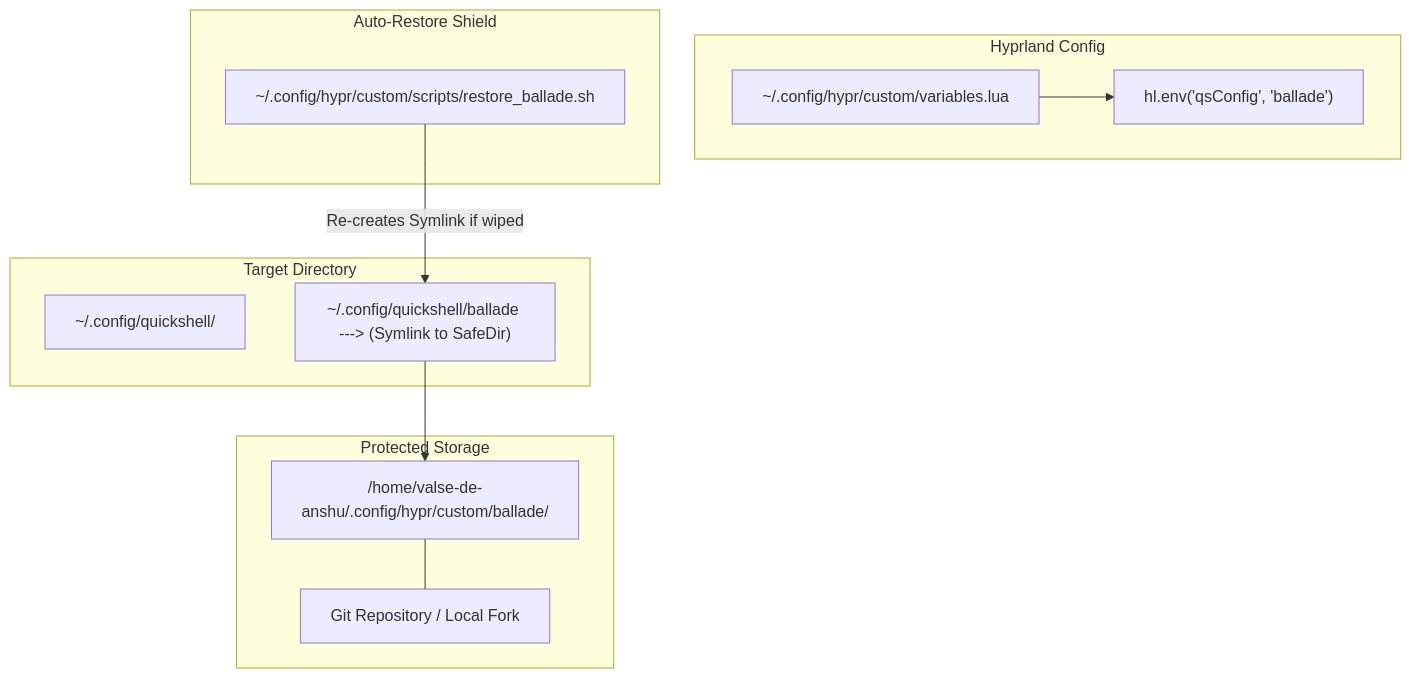
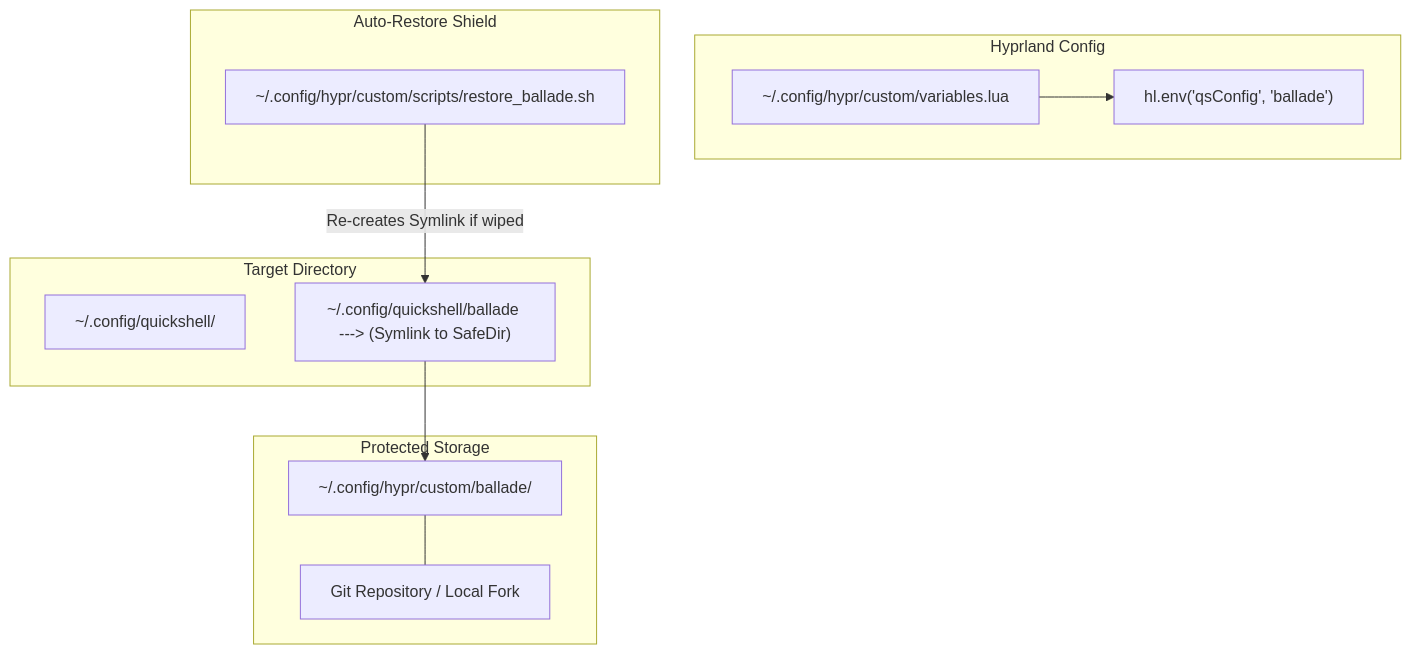
Before and after one commit to valse-de-anshu/Ballade: the diagram in hyprland-custom/docs/ballade_rice_analysis.md, drawn with Mermaid. The commit also changed other lines of this file and 45 other files, not shown here.

````diff
--- a/hyprland-custom/docs/ballade_rice_analysis.md
+++ b/hyprland-custom/docs/ballade_rice_analysis.md
@@ -97,26 +97,26 @@
 ```mermaid
 graph TD
     subgraph Protected Storage
-        SafeDir["/home/valse-de-anshu/.config/hypr/custom/ballade/"]
+        SafeDir["~/.config/hypr/custom/ballade/"]
         GitRepo["Git Repository / Local Fork"]
     end
 
     subgraph Target Directory
         QS["~/.config/quickshell/"]
         Symlink["~/.config/quickshell/ballade ---> (Symlink to SafeDir)"]
     end
 
     subgraph Hyprland Config
         CustomVars["~/.config/hypr/custom/variables.lua"]
         QSEnv["hl.env('qsConfig', 'ballade')"]
     end
 
     subgraph Auto-Restore Shield
         RestoreScript["~/.config/hypr/custom/scripts/restore_ballade.sh"]
     end
 
     SafeDir --- GitRepo
     Symlink --> SafeDir
     CustomVars --> QSEnv
     RestoreScript -->|Re-creates Symlink if wiped| Symlink
 ```
````
